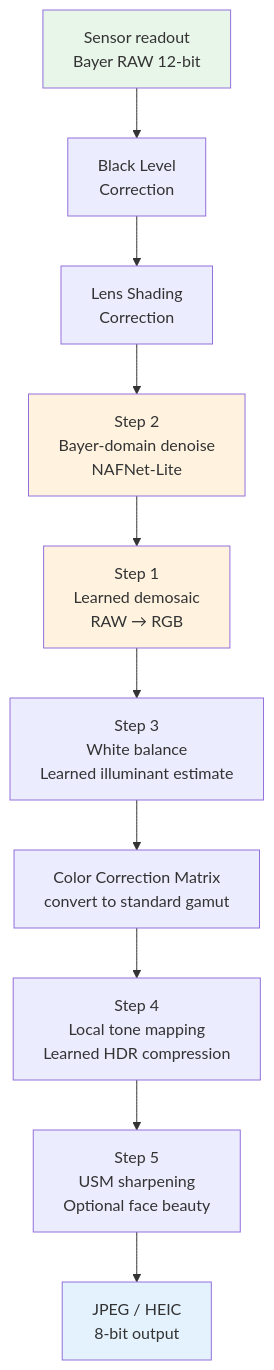
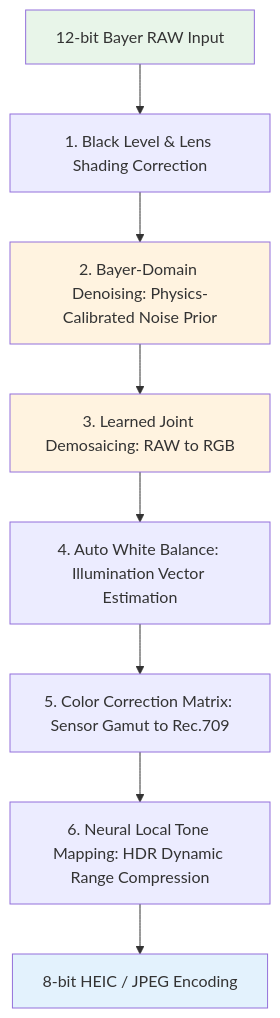
Before and after one commit to yingwang/image-enhancement-guide: the sixth of 8 diagrams in en/chapters/16-cases.md, drawn with Mermaid. The commit also changed other lines of this file and 18 other files, not shown here.

````diff
--- a/en/chapters/16-cases.md
+++ b/en/chapters/16-cases.md
@@ -549,17 +159,15 @@
 ```mermaid
 graph TD
-    Sensor[Sensor readout<br/>Bayer RAW 12-bit] --> BLC[Black Level<br/>Correction]
-    BLC --> LSC[Lens Shading<br/>Correction]
-    LSC --> Denoise[Step 2<br/>Bayer-domain denoise<br/>NAFNet-Lite]
-    Denoise --> Demosaic[Step 1<br/>Learned demosaic<br/>RAW → RGB]
-    Demosaic --> WB[Step 3<br/>White balance<br/>Learned illuminant estimate]
-    WB --> CCM[Color Correction Matrix<br/>convert to standard gamut]
-    CCM --> Tone[Step 4<br/>Local tone mapping<br/>Learned HDR compression]
-    Tone --> Sharpen[Step 5<br/>USM sharpening<br/>Optional face beauty]
-    Sharpen --> Encode[JPEG / HEIC<br/>8-bit output]
+    SensorRAW[12-bit Bayer RAW Input] --> BLC[1. Black Level & Lens Shading Correction]
+    BLC --> RawDenoise[2. Bayer-Domain Denoising: Physics-Calibrated Noise Prior]
+    RawDenoise --> NeuralDemosaic[3. Learned Joint Demosaicing: RAW to RGB]
+    NeuralDemosaic --> AWB[4. Auto White Balance: Illumination Vector Estimation]
+    AWB --> CCM[5. Color Correction Matrix: Sensor Gamut to Rec.709]
+    CCM --> LocalTone[6. Neural Local Tone Mapping: HDR Dynamic Range Compression]
+    LocalTone --> OutJPEG[8-bit HEIC / JPEG Encoding]
 
-    style Sensor fill:#e8f5e9
-    style Encode fill:#e3f2fd
-    style Denoise fill:#fff3e0
-    style Demosaic fill:#fff3e0
+    style SensorRAW fill:#e8f5e9
+    style RawDenoise fill:#fff3e0
+    style NeuralDemosaic fill:#fff3e0
+    style OutJPEG fill:#e3f2fd
 ```
````
